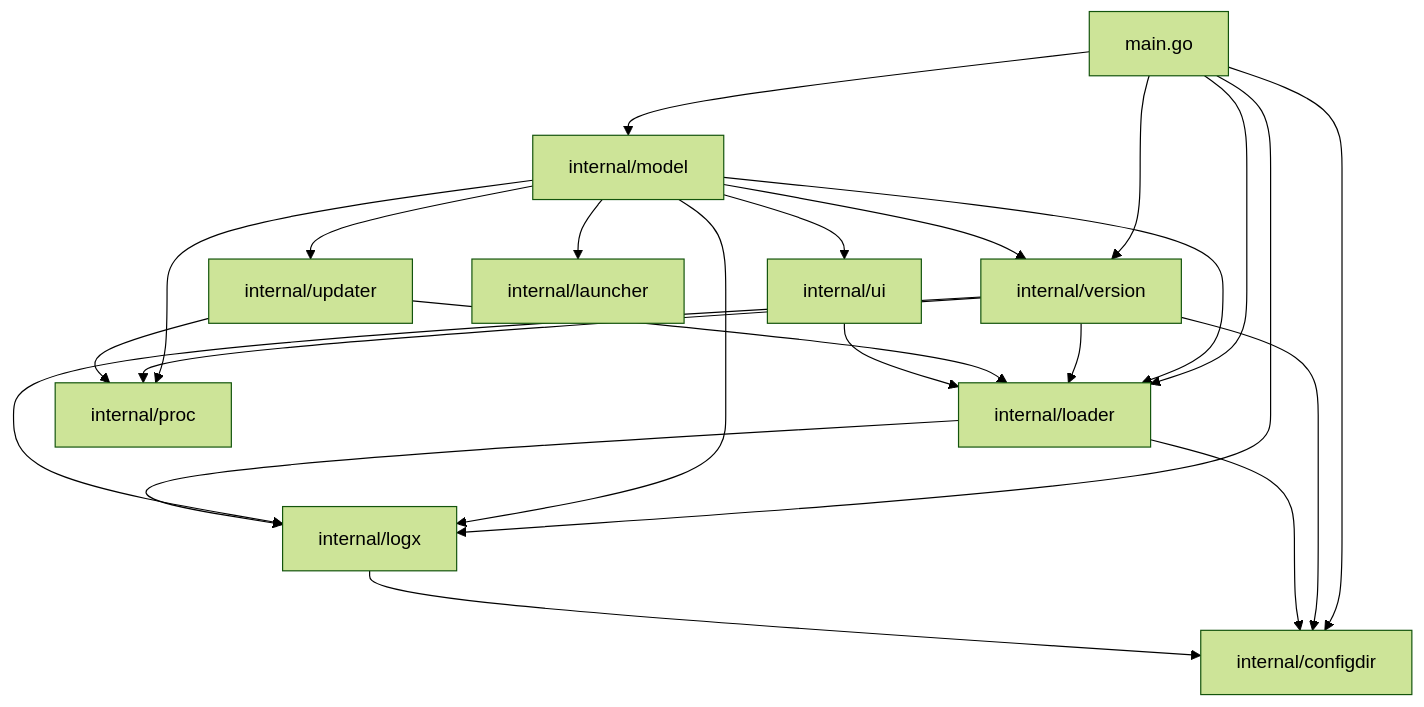
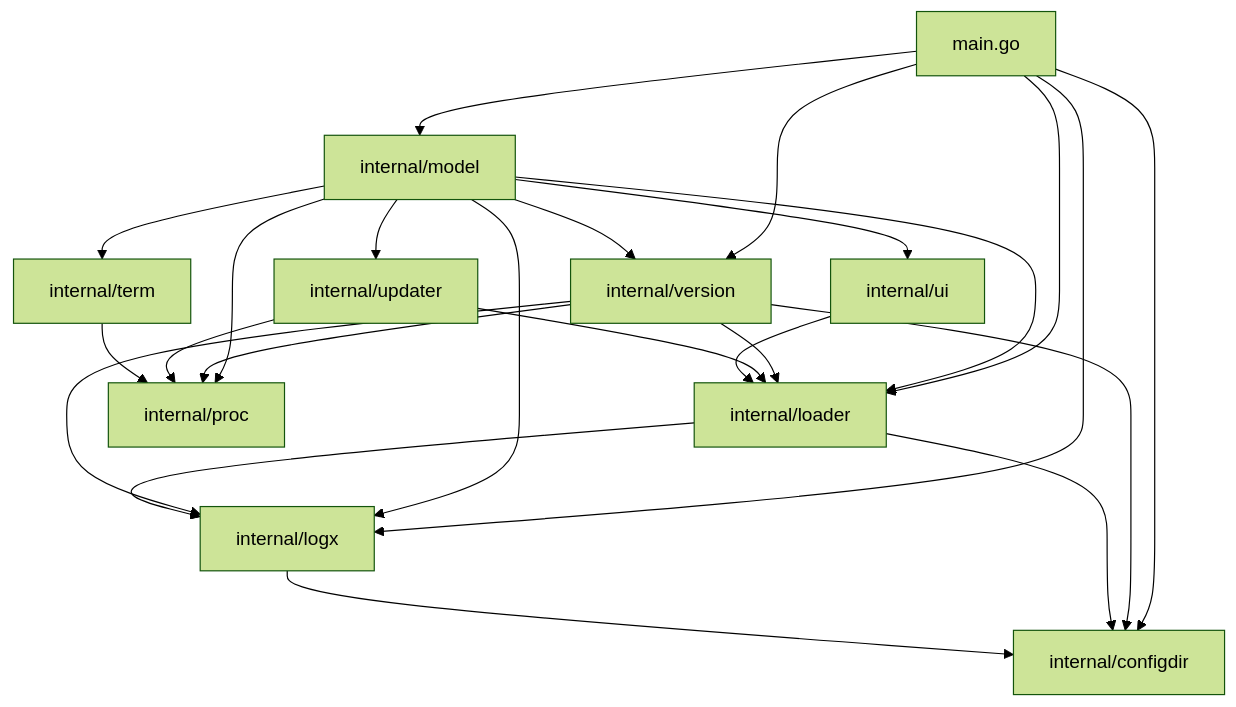
One commit to stanlyzoolo/keepkit changed the diagram in ARCHITECTURE.md. Above: the diagram before and after it, drawn with Mermaid (forest theme). The commit also changed other lines of this file and 6 other files, not shown here.

````diff
--- a/ARCHITECTURE.md
+++ b/ARCHITECTURE.md
@@ -27,25 +29,26 @@
 ```mermaid
 graph TD
     main[main.go] --> model
     main --> loader
     main --> logx
     main --> version
     main --> configdir
     model[internal/model] --> loader[internal/loader]
     model --> version[internal/version]
     model --> updater[internal/updater]
-    model --> launcher[internal/launcher]
+    model --> term[internal/term]
     model --> ui[internal/ui]
     model --> proc[internal/proc]
     model --> logx
     version --> loader
     version --> logx[internal/logx]
     version --> proc
     version --> configdir
     updater --> loader
     updater --> proc
+    term --> proc
     ui --> loader
     loader --> logx
     loader --> configdir
     logx --> configdir[internal/configdir]
 ```
````
